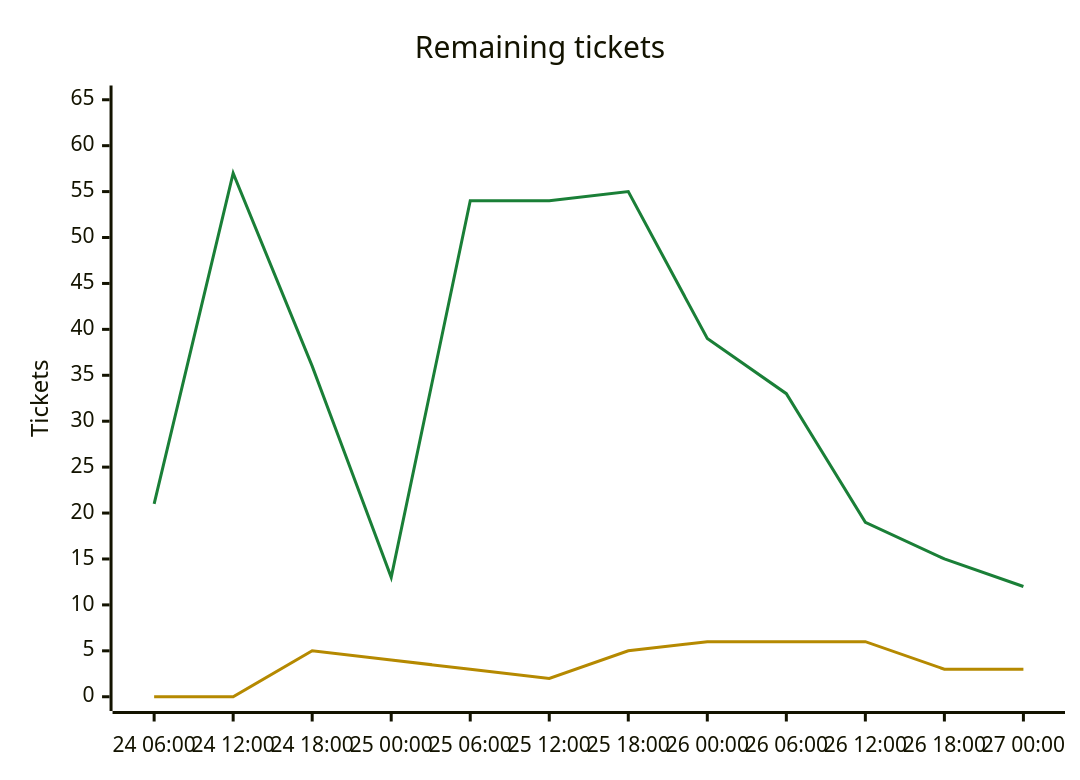
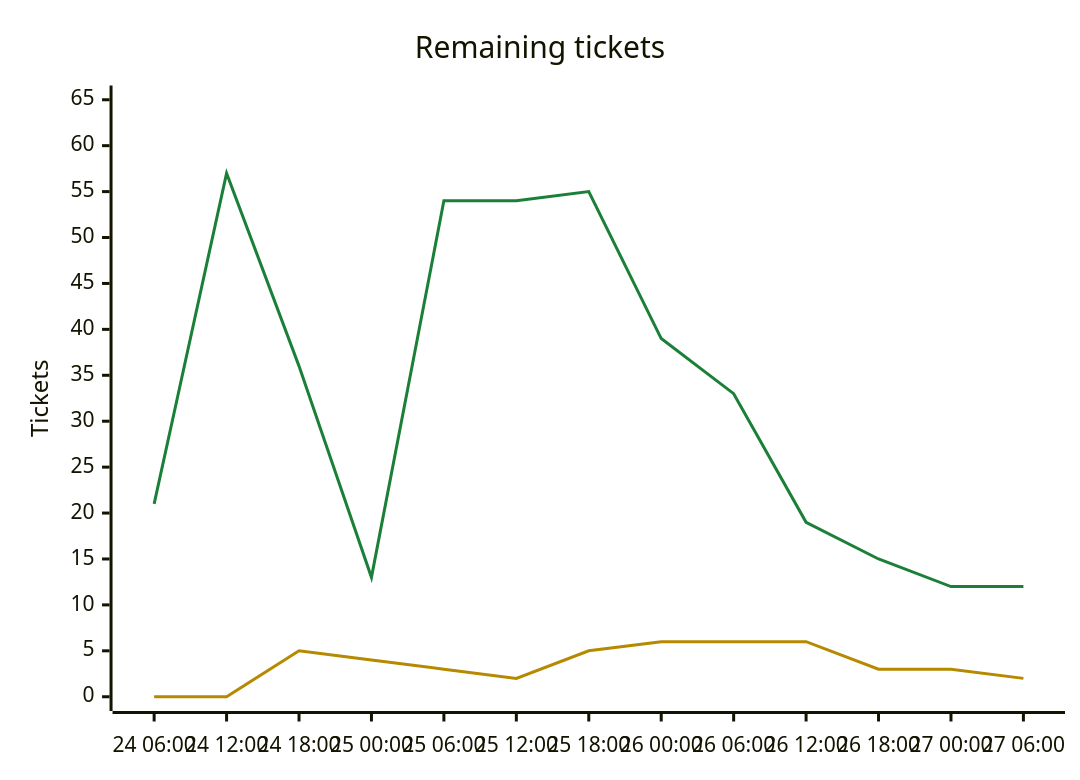
One commit to Kenmura/Unciv changed the second of 2 diagrams in csharp/migration/DEPENDENCY_MAP.md. Above: the diagram before and after it, drawn with Mermaid. The commit also changed other lines of this file and 1 other file, not shown here.

````diff
--- a/csharp/migration/DEPENDENCY_MAP.md
+++ b/csharp/migration/DEPENDENCY_MAP.md
@@ -171,9 +149,9 @@
 ```mermaid
 %%{init: {"themeVariables": {"xyChart": {"plotColorPalette": "#1a7f37, #b58900"}}}}%%
 xychart-beta
     title "Remaining tickets"
-    x-axis ["24 06:00", "24 12:00", "24 18:00", "25 00:00", "25 06:00", "25 12:00", "25 18:00", "26 00:00", "26 06:00", "26 12:00", "26 18:00", "27 00:00"]
+    x-axis ["24 06:00", "24 12:00", "24 18:00", "25 00:00", "25 06:00", "25 12:00", "25 18:00", "26 00:00", "26 06:00", "26 12:00", "26 18:00", "27 00:00", "27 06:00"]
     y-axis "Tickets" 0 --> 65
-    line [21, 57, 36, 13, 54, 54, 55, 39, 33, 19, 15, 12]
-    line [0, 0, 5, 4, 3, 2, 5, 6, 6, 6, 3, 3]
+    line [21, 57, 36, 13, 54, 54, 55, 39, 33, 19, 15, 12, 12]
+    line [0, 0, 5, 4, 3, 2, 5, 6, 6, 6, 3, 3, 2]
 ```
````
